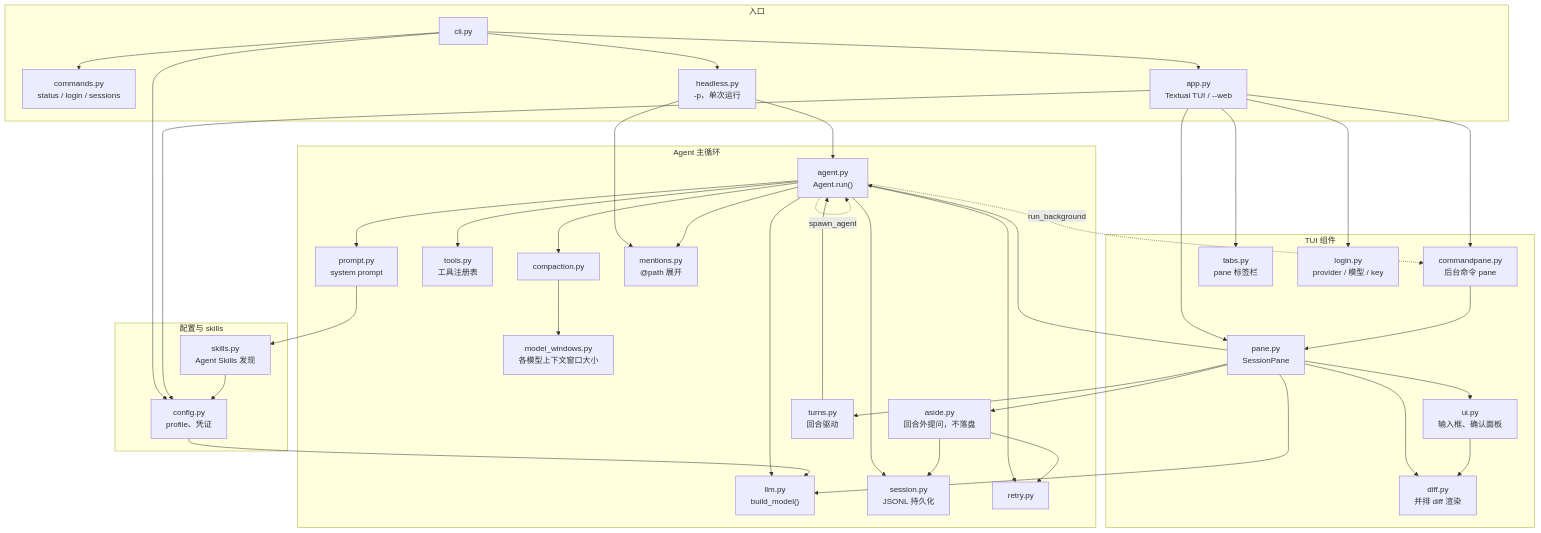
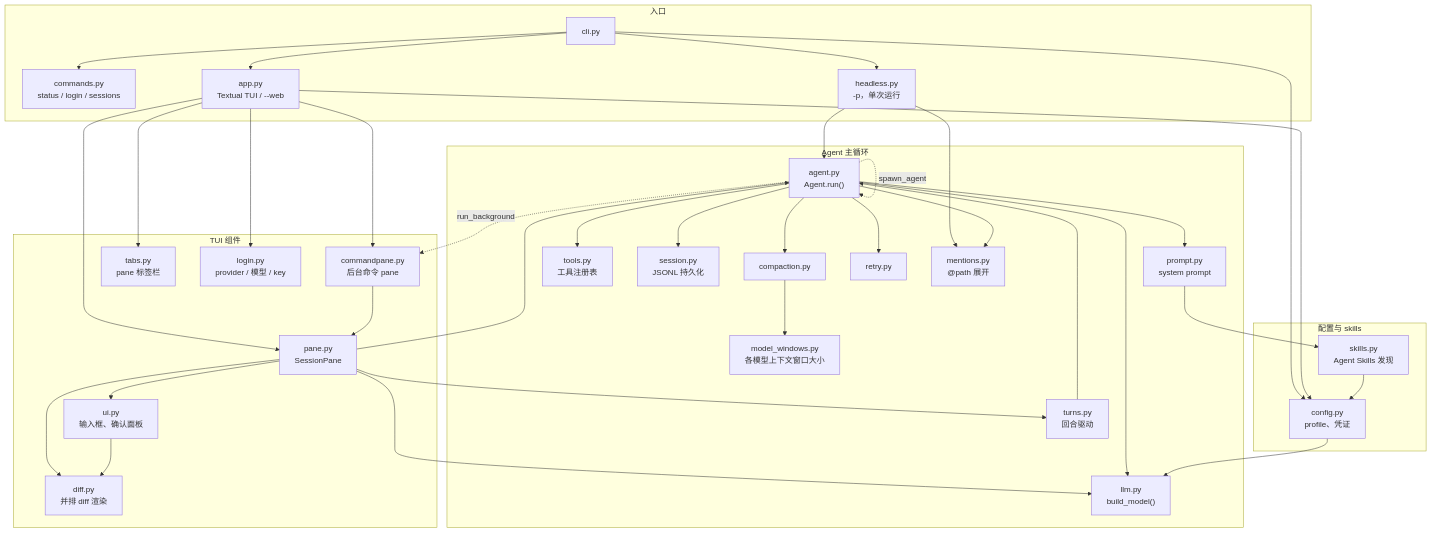
One commit to aisk/paimon changed the diagram in README.zh-CN.md. Above: the diagram before and after it, drawn with Mermaid. The commit also changed 10 other files, not shown here.

````diff
--- a/README.zh-CN.md
+++ b/README.zh-CN.md
@@ -110,81 +110,76 @@
 ```mermaid
 flowchart TD
     subgraph entry["入口"]
         CLI["cli.py"]
         Commands["commands.py<br/>status / login / sessions"]
         Headless["headless.py<br/>-p，单次运行"]
         App["app.py<br/>Textual TUI / --web"]
     end
 
     subgraph tui["TUI 组件"]
         Pane["pane.py<br/>SessionPane"]
         CommandPane["commandpane.py<br/>后台命令 pane"]
         Tabs["tabs.py<br/>pane 标签栏"]
         Login["login.py<br/>provider / 模型 / key"]
         UIWidgets["ui.py<br/>输入框、确认面板"]
         Diff["diff.py<br/>并排 diff 渲染"]
     end
 
     subgraph core["Agent 主循环"]
         AgentLoop["agent.py<br/>Agent.run()"]
         LLM["llm.py<br/>build_model()"]
         PromptMod["prompt.py<br/>system prompt"]
         ToolsMod["tools.py<br/>工具注册表"]
         SessionMod["session.py<br/>JSONL 持久化"]
         Compaction["compaction.py"]
         ModelWindows["model_windows.py<br/>各模型上下文窗口大小"]
         Retry["retry.py"]
         Mentions["mentions.py<br/>@path 展开"]
-        Aside["aside.py<br/>回合外提问，不落盘"]
         Jobs["turns.py<br/>回合驱动"]
     end
 
     subgraph support["配置与 skills"]
         Config["config.py<br/>profile、凭证"]
         Skills["skills.py<br/>Agent Skills 发现"]
     end
 
     CLI --> Commands
     CLI --> Headless
     CLI --> App
     CLI --> Config
 
     Headless --> AgentLoop
     Headless --> Mentions
 
     App --> Pane
     App --> CommandPane
     App --> Tabs
     App --> Login
     App --> Config
 
     Pane --> Jobs
     Pane --> AgentLoop
-    Pane --> Aside
     Pane --> Diff
     Pane --> UIWidgets
     Pane --> LLM
     CommandPane --> Pane
     UIWidgets --> Diff
 
     AgentLoop --> LLM
     AgentLoop --> PromptMod
     AgentLoop --> ToolsMod
     AgentLoop --> SessionMod
     AgentLoop --> Compaction
     AgentLoop --> Retry
     AgentLoop --> Mentions
     AgentLoop -. "spawn_agent" .-> AgentLoop
     AgentLoop -. "run_background" .-> CommandPane
 
-    Aside --> Retry
-    Aside --> SessionMod
-
     PromptMod --> Skills
     Compaction --> ModelWindows
 
     Jobs --> AgentLoop
 
     Skills --> Config
     Config --> LLM
 ```
````
